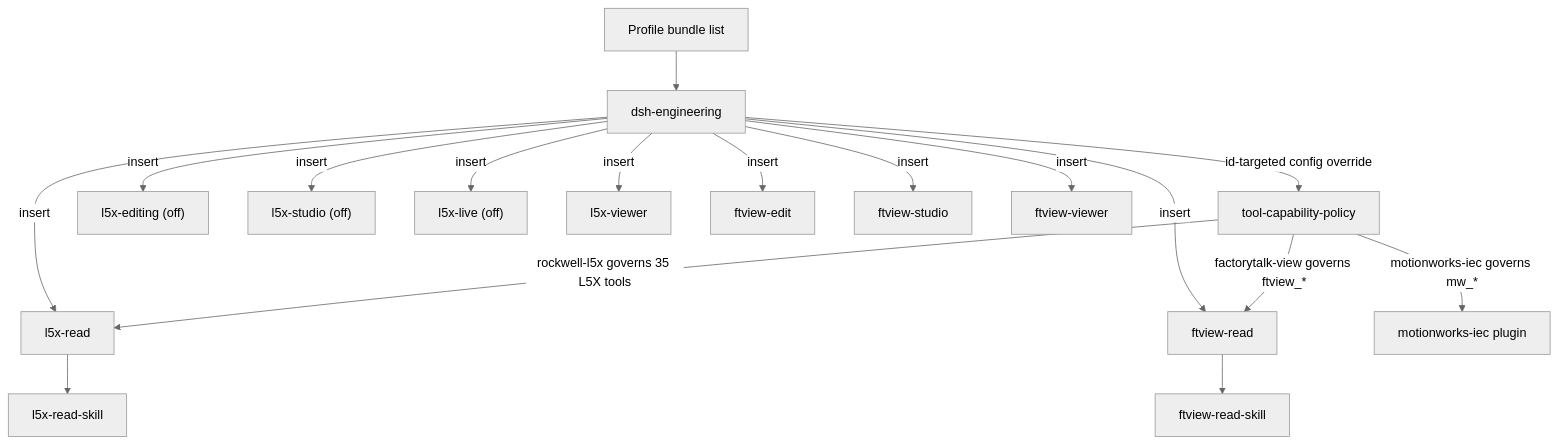
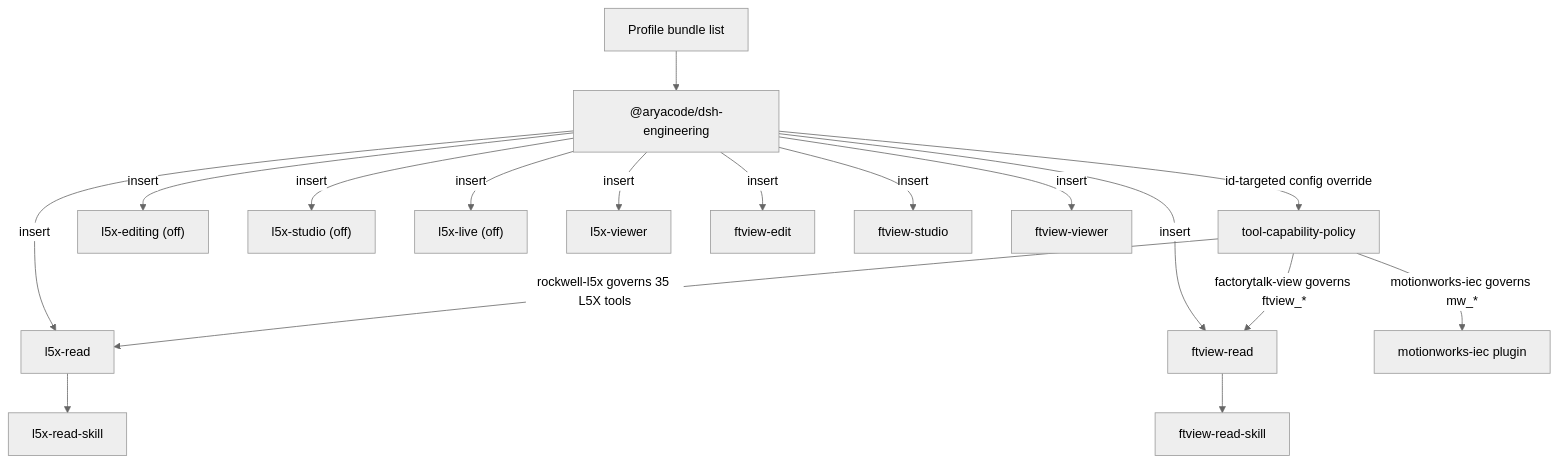
Before and after one commit to KonnectSuite/dsh-engineering: the diagram in README.md, drawn with Mermaid (neutral theme). The commit also changed other lines of this file and 20 other files, not shown here.

````diff
--- a/README.md
+++ b/README.md
@@ -66,19 +66,19 @@
 ```mermaid
 flowchart TB
-  Profile["Profile bundle list"] --> Bundle["dsh-engineering"]
+  Profile["Profile bundle list"] --> Bundle["@aryacode/dsh-engineering"]
   Bundle -->|"id-targeted config override"| Policy["tool-capability-policy"]
   Bundle -->|insert| L5XRead["l5x-read"]
   L5XRead --> L5XSkill["l5x-read-skill"]
   Bundle -->|insert| L5XEdit["l5x-editing (off)"]
   Bundle -->|insert| L5XStudio["l5x-studio (off)"]
   Bundle -->|insert| L5XLive["l5x-live (off)"]
   Bundle -->|insert| L5XViewer["l5x-viewer"]
   Bundle -->|insert| FTVRead["ftview-read"]
   FTVRead --> FTVSkill["ftview-read-skill"]
   Bundle -->|insert| FTVEdit["ftview-edit"]
   Bundle -->|insert| FTVStudio["ftview-studio"]
   Bundle -->|insert| FTVViewer["ftview-viewer"]
   Policy -->|"rockwell-l5x governs 35 L5X tools"| L5XRead
   Policy -->|"factorytalk-view governs ftview_*"| FTVRead
   Policy -->|"motionworks-iec governs mw_*"| MW["motionworks-iec plugin"]
 ```
````
